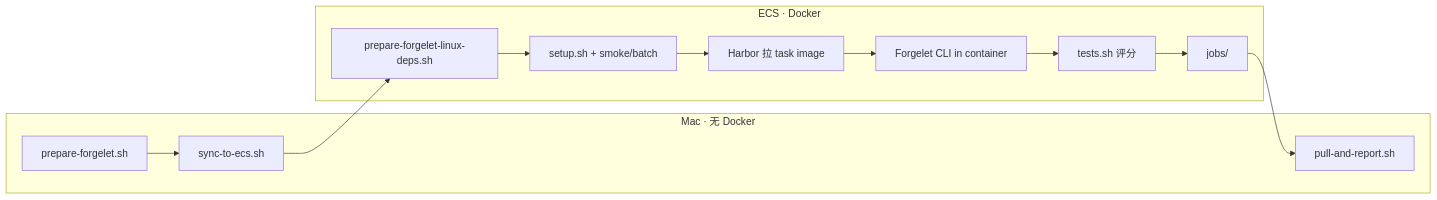
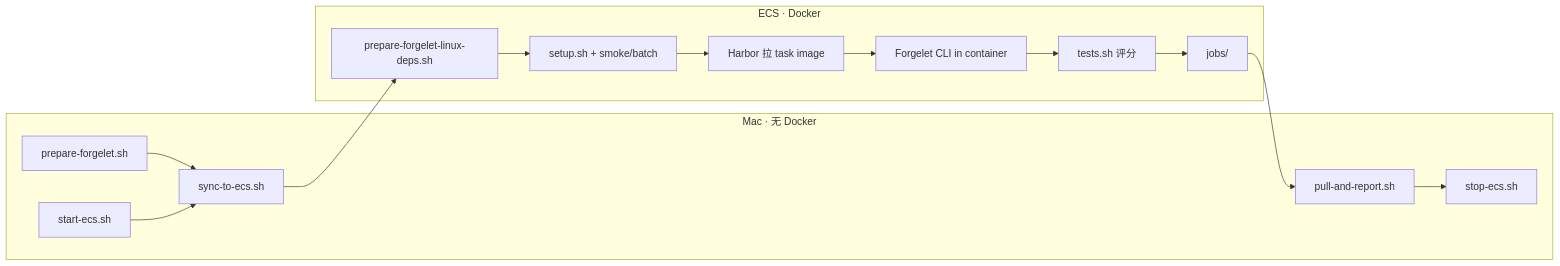
Before and after one commit to jenneywang1224/coding-agent-chat-oss: the diagram in packages/harness/eval/terminal-bench/WORKFLOW.md, drawn with Mermaid. The commit also changed other lines of this file and 9 other files, not shown here.

First line of the commit message:
Add Tencent Cloud ECS start/stop scripts for eval cost savings.

````diff
--- a/packages/harness/eval/terminal-bench/WORKFLOW.md
+++ b/packages/harness/eval/terminal-bench/WORKFLOW.md
@@ -16,20 +18,24 @@
 ```mermaid
 flowchart LR
   subgraph mac [Mac · 无 Docker]
+    A0[start-ecs.sh]
     P[prepare-forgelet.sh]
     S[sync-to-ecs.sh]
     R[pull-and-report.sh]
+    A7[stop-ecs.sh]
     P --> S
+    A0 --> S
+    R --> A7
   end
   subgraph ecs [ECS · Docker]
     D[prepare-forgelet-linux-deps.sh]
     B[setup.sh + smoke/batch]
     B --> H[Harbor 拉 task image]
     H --> A[Forgelet CLI in container]
     A --> V[tests.sh 评分]
     V --> J[jobs/]
   end
   S --> D
   D --> B
   J --> R
 ```
````
